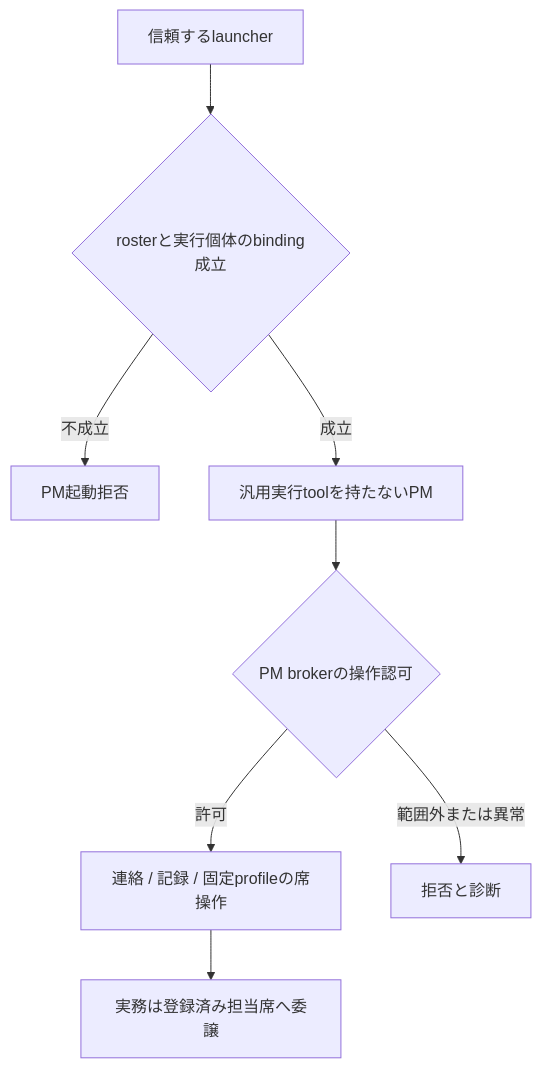
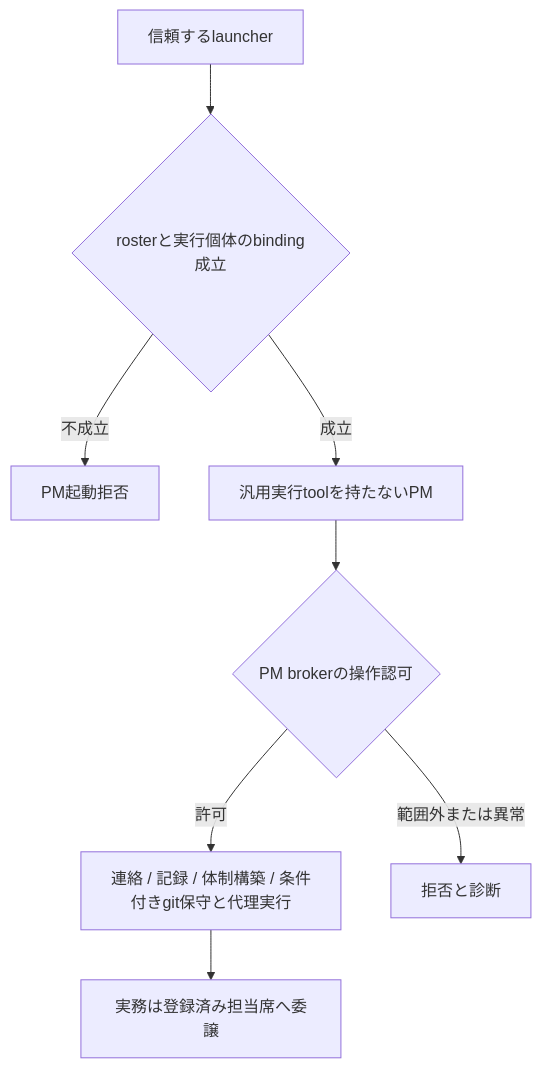
One commit to kappaseijin/agmsg changed the diagram in docs/decisions/2026-09-05T150240_issue-236-pm-execution-boundary.md. Above: the diagram before and after it, drawn with Mermaid. The commit also changed other lines of this file, not shown here.

````diff
--- a/docs/decisions/2026-09-05T150240_issue-236-pm-execution-boundary.md
+++ b/docs/decisions/2026-09-05T150240_issue-236-pm-execution-boundary.md
@@ -113,10 +135,10 @@
 ```mermaid
 flowchart TD
   L[信頼するlauncher] --> I{rosterと実行個体のbinding成立}
   I -->|不成立| X[PM起動拒否]
   I -->|成立| P[汎用実行toolを持たないPM]
   P --> B{PM brokerの操作認可}
-  B -->|許可| C[連絡 / 記録 / 固定profileの席操作]
+  B -->|許可| C[連絡 / 記録 / 体制構築 / 条件付きgit保守と代理実行]
   B -->|範囲外または異常| D[拒否と診断]
   C --> W[実務は登録済み担当席へ委譲]
 ```
````
